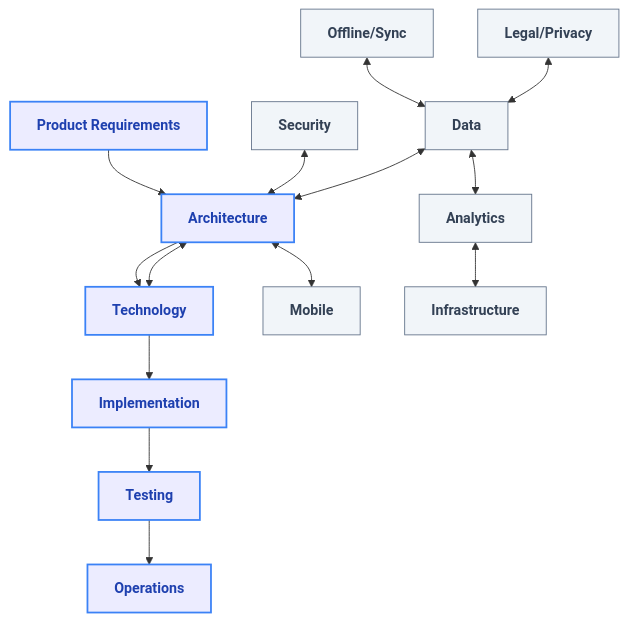
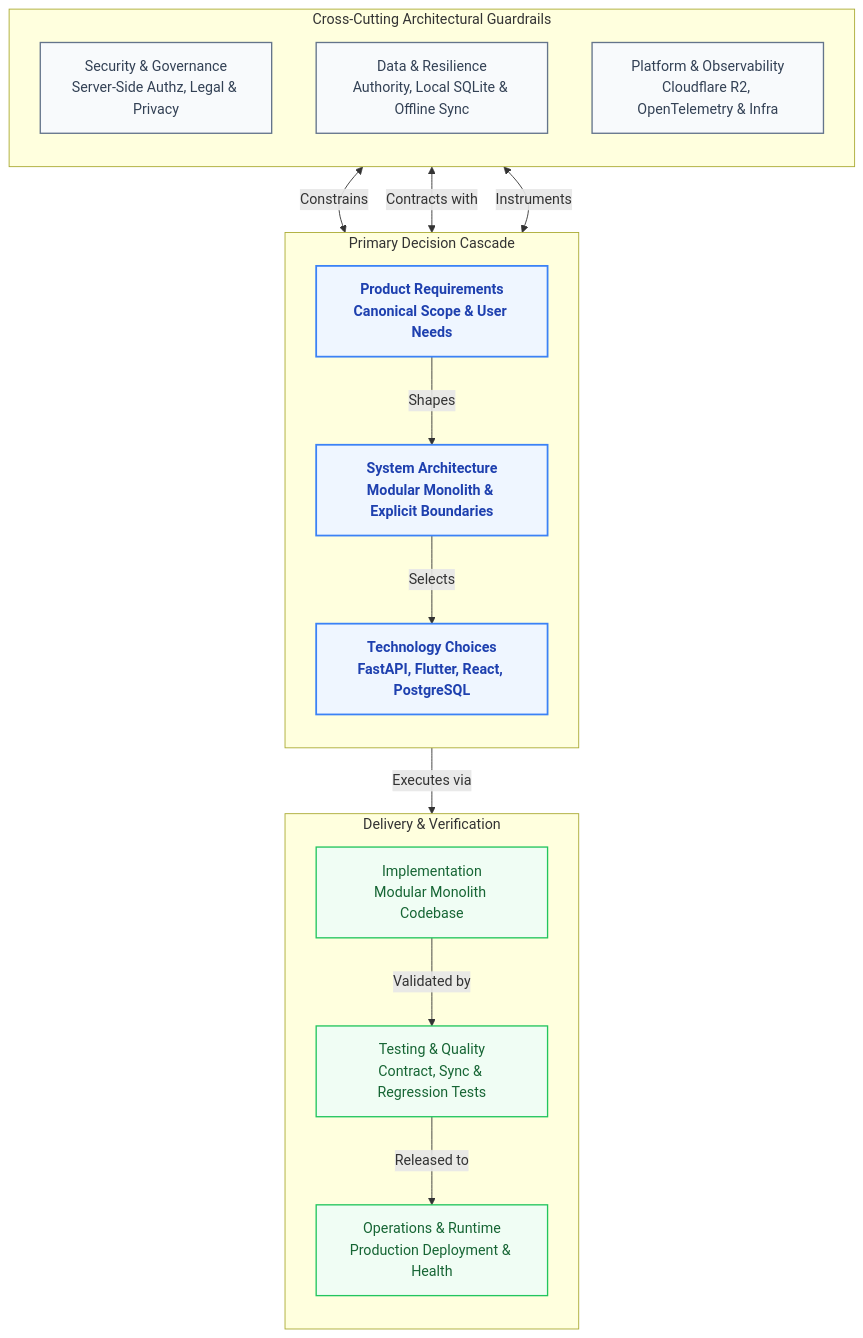
The third of 4 diagrams in docs/decisions/17-Decisions-Risks-Evolution.md (davidalbertstark-lab/Lenar), drawn with Mermaid before and after one commit. The commit also changed other lines of this file and 28 other files, not shown here.

Commit message:
docs: system-wide diagram redesign for first-instance comprehension

````diff
--- a/docs/decisions/17-Decisions-Risks-Evolution.md
+++ b/docs/decisions/17-Decisions-Risks-Evolution.md
@@ -174,39 +196,38 @@
 ```mermaid
 flowchart TD
-    classDef main flow fill:#eff6ff,stroke:#3b82f6,stroke-width:2px,color:#1e40af,font-weight:bold
-    classDef cross fill:#f1f5f9,stroke:#64748b,stroke-width:1px,color:#334155,font-weight:bold
+    classDef core fill:#eff6ff,stroke:#3b82f6,stroke-width:2px,color:#1e40af,font-weight:bold
+    classDef cross fill:#f8fafc,stroke:#64748b,stroke-width:1.5px,color:#334155
+    classDef delivery fill:#f0fdf4,stroke:#22c55e,stroke-width:1.5px,color:#166534
 
-    PR[Product Requirements]
-    Arch[Architecture]
-    Tech[Technology]
-    Imp[Implementation]
-    Test[Testing]
-    Ops[Operations]
+    subgraph CrossCutting ["Cross-Cutting Architectural Guardrails"]
+        direction TB
+        Sec["Security & Governance<br/>Server-Side Authz, Legal & Privacy"]:::cross
+        Data["Data & Resilience<br/>Authority, Local SQLite & Offline Sync"]:::cross
+        Obs["Platform & Observability<br/>Cloudflare R2, OpenTelemetry & Infra"]:::cross
+    end
 
-    PR --> Arch
-    Arch --> Tech
-    Tech --> Imp
-    Imp --> Test
-    Test --> Ops
+    subgraph Cascade ["Primary Decision Cascade"]
+        direction TB
+        PR["Product Requirements<br/>Canonical Scope & User Needs"]:::core
+        Arch["System Architecture<br/>Modular Monolith & Explicit Boundaries"]:::core
+        Tech["Technology Choices<br/>FastAPI, Flutter, React, PostgreSQL"]:::core
 
-    Sec[Security]
-    Sec <--> Arch
-    Arch <--> Tech
+        PR -->|"Shapes"| Arch
+        Arch -->|"Selects"| Tech
+    end
 
-    OS[Offline/Sync]
-    Data[Data]
-    Mob[Mobile]
-    OS <--> Data
-    Data <--> Arch
-    Arch <--> Mob
+    subgraph Delivery ["Delivery & Verification"]
+        direction TB
+        Imp["Implementation<br/>Modular Monolith Codebase"]:::delivery
+        Test["Testing & Quality<br/>Contract, Sync & Regression Tests"]:::delivery
+        Ops["Operations & Runtime<br/>Production Deployment & Health"]:::delivery
 
-    LP[Legal/Privacy]
-    An[Analytics]
-    Infra[Infrastructure]
-    LP <--> Data
-    Data <--> An
-    An <--> Infra
+        Imp -->|"Validated by"| Test
+        Test -->|"Released to"| Ops
+    end
 
-    class PR,Arch,Tech,Imp,Test,Ops main;
-    class Sec,OS,Data,Mob,LP,An,Infra cross;
+    Sec <-->|"Constrains"| Arch
+    Data <-->|"Contracts with"| Arch
+    Obs <-->|"Instruments"| Tech
+    Tech -->|"Executes via"| Imp
 ```
````
